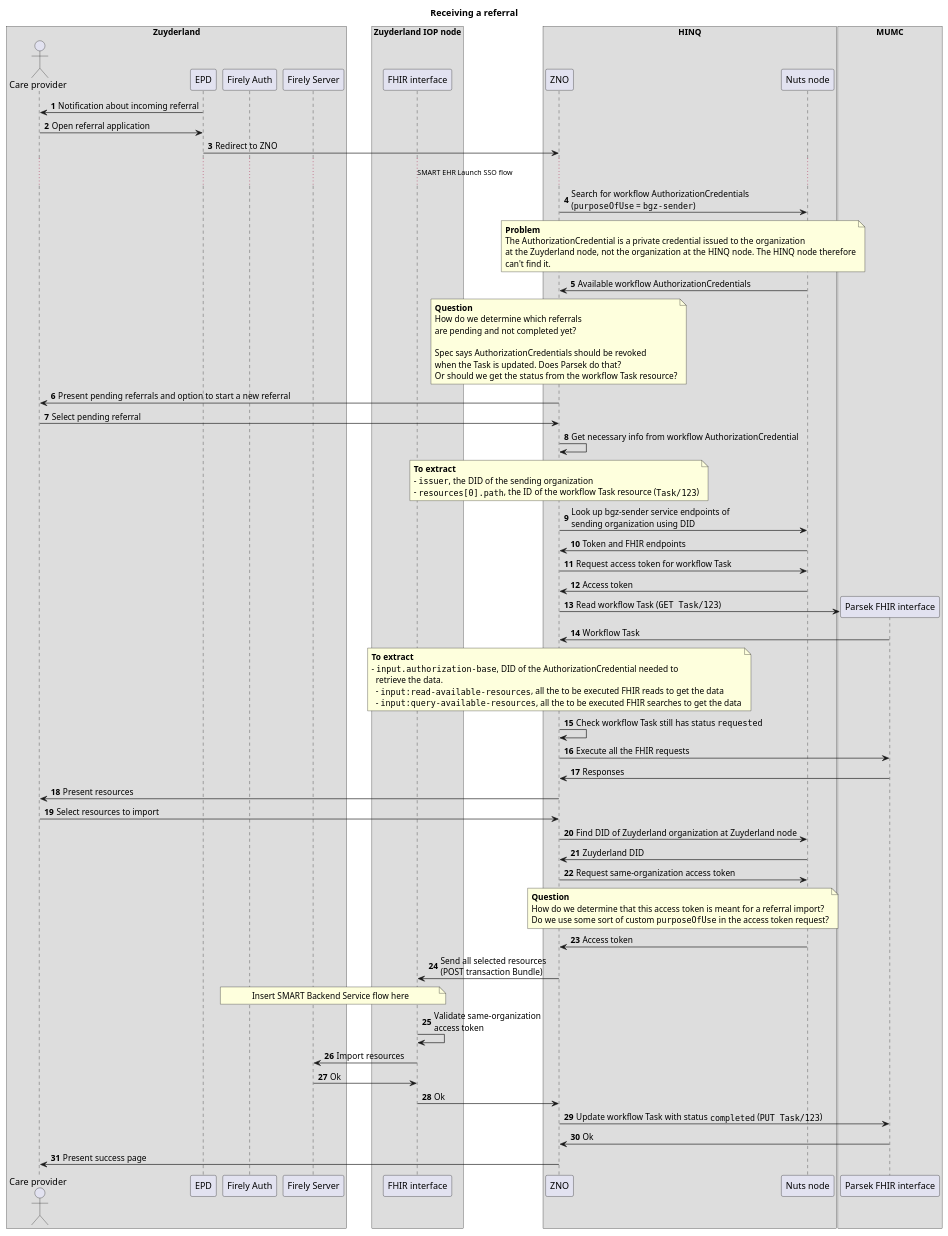
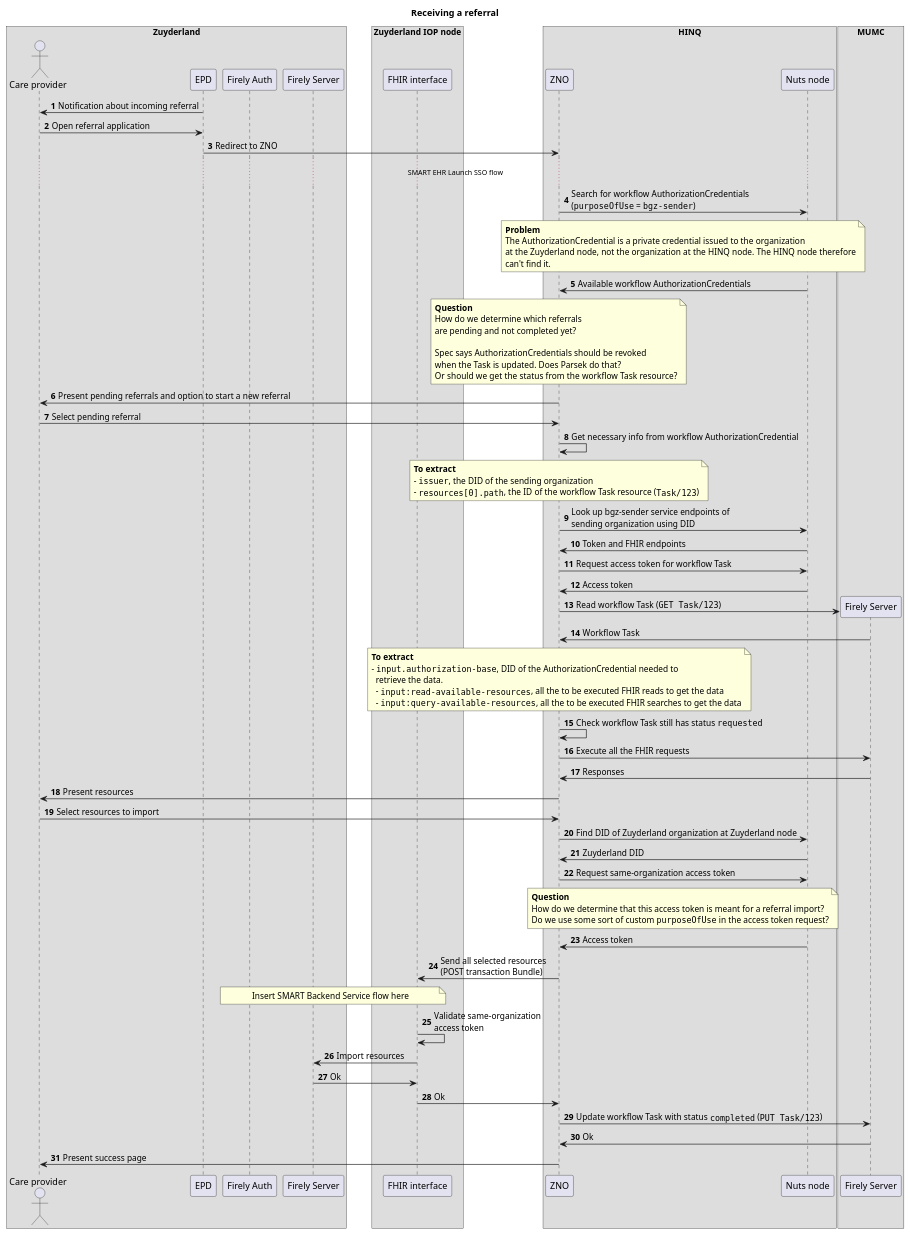
One commit to formelio/uml-diagrams-vipp5-referrals changed the diagram in sequences/incoming_referral_import.puml. Above: the diagram before and after it, drawn with PlantUML.

Commit message:
Corrected MUMC FHIR interface name to Firely Server

```diff
--- a/sequences/incoming_referral_import.puml
+++ b/sequences/incoming_referral_import.puml
@@ -1,94 +1,93 @@
 @startuml
 autonumber
 
 title Receiving a referral
 
 box "Zuyderland"
     actor "Care provider" as zp
     participant "EPD" as ze
     participant "Firely Auth" as za
     participant "Firely Server" as zf
 end box
 
 box "Zuyderland IOP node"
     participant "FHIR interface" as zif
 end box
 
 box "HINQ"
     participant "ZNO" as hz
     participant "Nuts node" as hn
 end box
 
 box "MUMC"
-    participant "Parsek FHIR interface" as mf
     participant "Firely Server" as mf
 end box
 
 
 ze->zp: Notification about incoming referral
 zp->ze: Open referral application
 ze->hz: Redirect to ZNO
 ...SMART EHR Launch SSO flow...
 hz->hn: Search for workflow AuthorizationCredentials\n(""purposeOfUse"" = ""bgz-sender"")
 note over hz,hn
 **Problem**
 The AuthorizationCredential is a private credential issued to the organization
 at the Zuyderland node, not the organization at the HINQ node. The HINQ node therefore
 can't find it.
 end note
 hn->hz: Available workflow AuthorizationCredentials
 note over hz
 **Question**
 How do we determine which referrals
 are pending and not completed yet?
 
 Spec says AuthorizationCredentials should be revoked
 when the Task is updated. Does Parsek do that?
 Or should we get the status from the workflow Task resource?
 end note
 hz->zp: Present pending referrals and option to start a new referral
 zp->hz: Select pending referral
 hz->hz: Get necessary info from workflow AuthorizationCredential
 note over hz
 **To extract**
 - ""issuer"", the DID of the sending organization
 - ""resources[0].path"", the ID of the workflow Task resource (""Task/123"")
 end note
 hz->hn: Look up bgz-sender service endpoints of\nsending organization using DID
 hn->hz: Token and FHIR endpoints
 hz->hn: Request access token for workflow Task
 hn->hz: Access token
 hz->mf **: Read workflow Task (""GET Task/123"")
 mf->hz: Workflow Task
 note over hz
 **To extract**
 - ""input.authorization-base"", DID of the AuthorizationCredential needed to
   retrieve the data.
   - ""input:read-available-resources"", all the to be executed FHIR reads to get the data
   - ""input:query-available-resources"", all the to be executed FHIR searches to get the data
 end note
 hz->hz: Check workflow Task still has status ""requested""
 hz->mf: Execute all the FHIR requests
 mf->hz: Responses
 hz->zp: Present resources
 zp->hz: Select resources to import
 hz->hn: Find DID of Zuyderland organization at Zuyderland node
 hn->hz: Zuyderland DID
 hz->hn: Request same-organization access token
 note over hz,hn
 **Question**
 How do we determine that this access token is meant for a referral import?
 Do we use some sort of custom ""purposeOfUse"" in the access token request?
 end note
 hn->hz: Access token
 hz->zif: Send all selected resources\n(POST transaction Bundle)
 note over za,zif: Insert SMART Backend Service flow here
 zif->zif: Validate same-organization\naccess token
 zif->zf: Import resources
 zf->zif: Ok
 zif->hz: Ok
 hz->mf: Update workflow Task with status ""completed"" (""PUT Task/123"")
 mf->hz: Ok
 hz->zp: Present success page
 
 @enduml
```
